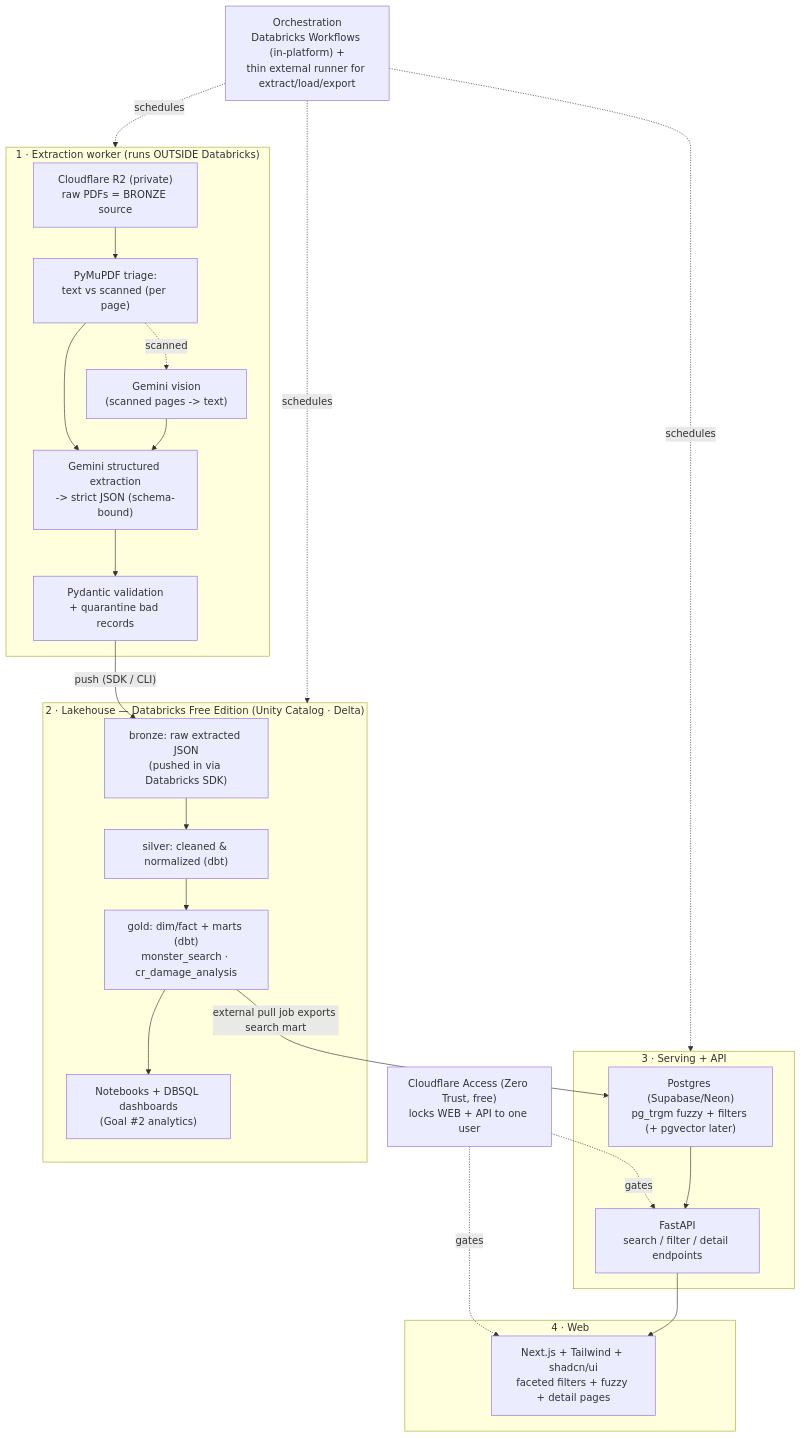
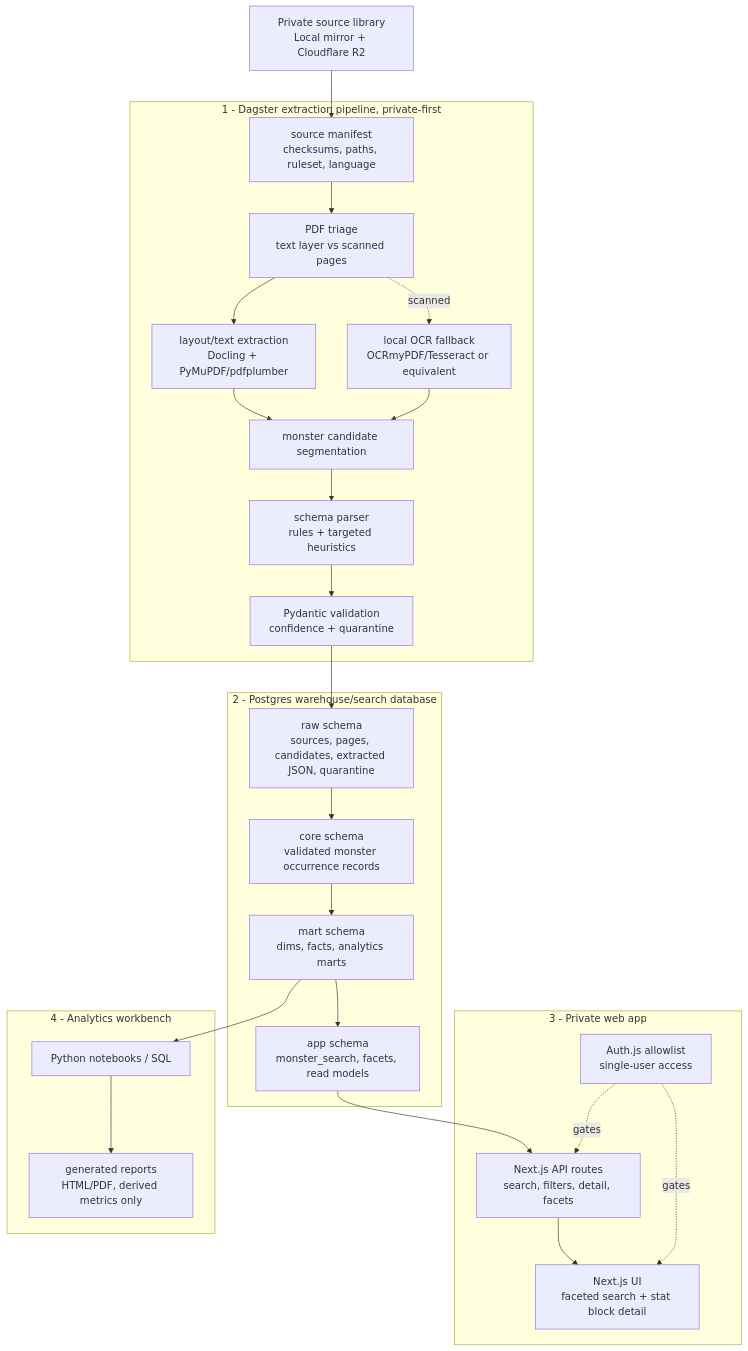
One commit to eduardoprado/madtitan-bestiary changed the diagram in ARCHITECTURE.md. Above: the diagram before and after it, drawn with Mermaid. The commit also changed other lines of this file and 1 other file, not shown here.

Commit message:
Restructuring architecture a bit

````diff
--- a/ARCHITECTURE.md
+++ b/ARCHITECTURE.md
@@ -46,44 +76,42 @@
 ```mermaid
 flowchart TD
-    PDF["Cloudflare R2 (private)\nraw PDFs = BRONZE source"]
+    SRC["Private source library\nLocal mirror + Cloudflare R2"]
 
-    subgraph EXT["1 · Extraction worker (runs OUTSIDE Databricks)"]
-      TRI["PyMuPDF triage:\ntext vs scanned (per page)"]
-      OCRV["Gemini vision\n(scanned pages -> text)"]
-      GEM["Gemini structured extraction\n-> strict JSON (schema-bound)"]
-      VAL["Pydantic validation\n+ quarantine bad records"]
-      PDF --> TRI --> GEM --> VAL
-      TRI -. scanned .-> OCRV --> GEM
+    subgraph PIPE["1 - Dagster extraction pipeline, private-first"]
+      MAN["source manifest\nchecksums, paths, ruleset, language"]
+      TRI["PDF triage\ntext layer vs scanned pages"]
+      TXT["layout/text extraction\nDocling + PyMuPDF/pdfplumber"]
+      OCR["local OCR fallback\nOCRmyPDF/Tesseract or equivalent"]
+      CAND["monster candidate segmentation"]
+      PARSE["schema parser\nrules + targeted heuristics"]
+      VAL["Pydantic validation\nconfidence + quarantine"]
+      MAN --> TRI --> TXT --> CAND --> PARSE --> VAL
+      TRI -. scanned .-> OCR --> CAND
     end
 
-    subgraph DBX["2 · Lakehouse — Databricks Free Edition (Unity Catalog · Delta)"]
-      BRZ["bronze: raw extracted JSON\n(pushed in via Databricks SDK)"]
-      SLV["silver: cleaned & normalized (dbt)"]
-      GLD["gold: dim/fact + marts (dbt)\nmonster_search · cr_damage_analysis"]
-      BRZ --> SLV --> GLD
-      NB["Notebooks + DBSQL dashboards\n(Goal #2 analytics)"]
-      GLD --> NB
+    subgraph PG["2 - Postgres warehouse/search database"]
+      RAW["raw schema\nsources, pages, candidates, extracted JSON, quarantine"]
+      CORE["core schema\nvalidated monster occurrence records"]
+      MART["mart schema\ndims, facts, analytics marts"]
+      APP["app schema\nmonster_search, facets, read models"]
+      RAW --> CORE --> MART --> APP
     end
 
-    VAL -->|"push (SDK / CLI)"| BRZ
-
-    subgraph SRV["3 · Serving + API"]
-      PG["Postgres (Supabase/Neon)\npg_trgm fuzzy + filters (+ pgvector later)"]
-      API["FastAPI\nsearch / filter / detail endpoints"]
-      GLD -->|"external pull job exports search mart"| PG --> API
+    subgraph WEB["3 - Private web app"]
+      API["Next.js API routes\nsearch, filters, detail, facets"]
+      UI["Next.js UI\nfaceted search + stat block detail"]
+      AUTH["Auth.js allowlist\nsingle-user access"]
+      APP --> API --> UI
+      AUTH -. gates .-> API
+      AUTH -. gates .-> UI
     end
 
-    subgraph WEBS["4 · Web"]
-      WEB["Next.js + Tailwind + shadcn/ui\nfaceted filters + fuzzy + detail pages"]
-      API --> WEB
+    subgraph ANA["4 - Analytics workbench"]
+      NB["Python notebooks / SQL"]
+      RPT["generated reports\nHTML/PDF, derived metrics only"]
+      MART --> NB --> RPT
     end
 
-    CFA["Cloudflare Access (Zero Trust, free)\nlocks WEB + API to one user"]
-    CFA -. gates .-> WEB
-    CFA -. gates .-> API
-
-    DAG["Orchestration\nDatabricks Workflows (in-platform) +\nthin external runner for extract/load/export"]
-    DAG -. schedules .-> EXT
-    DAG -. schedules .-> DBX
-    DAG -. schedules .-> SRV
+    SRC --> MAN
+    VAL --> RAW
 ```
````
